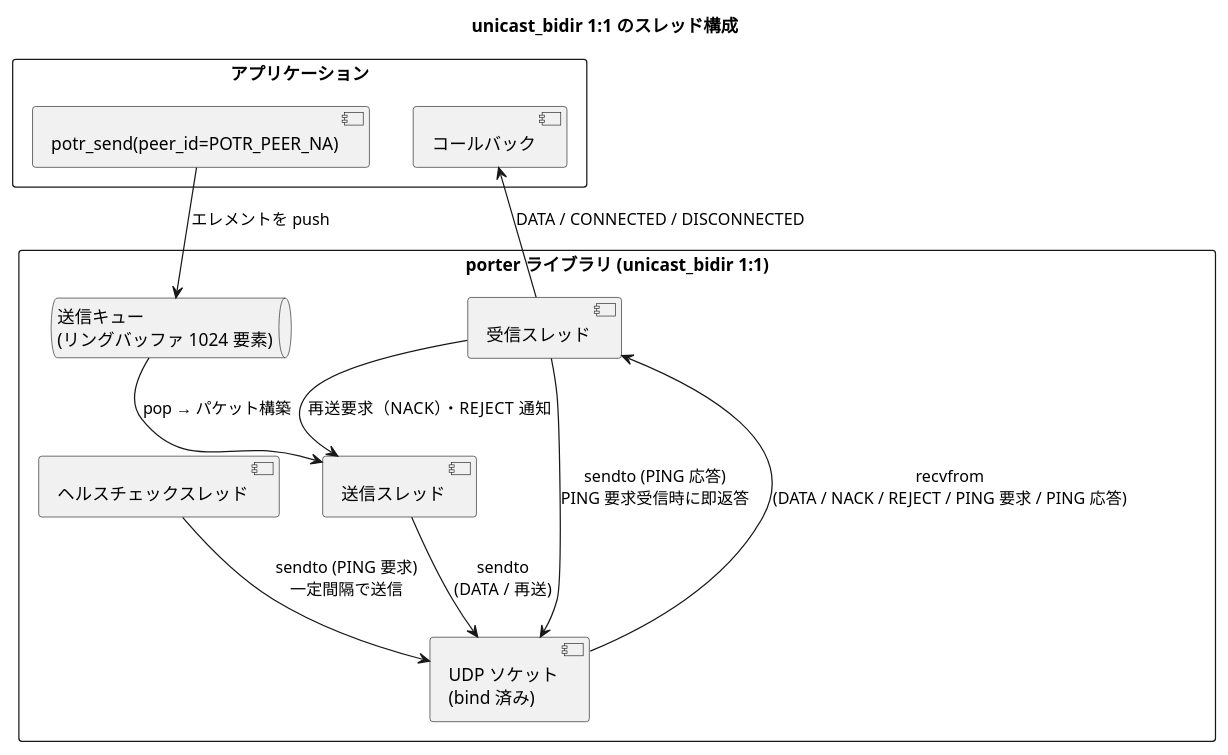
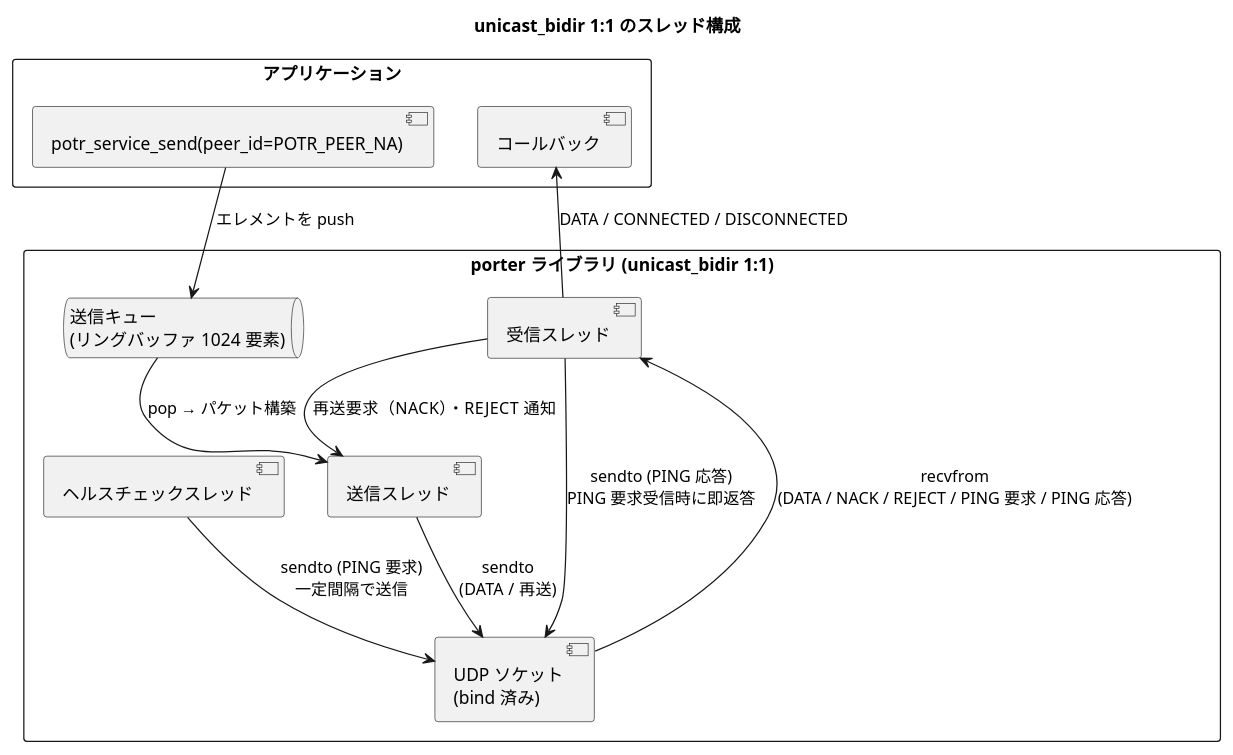
The second of 6 diagrams in docs/architecture.md (Hondarer/app_porter), drawn with PlantUML before and after one commit. The commit also changed other lines of this file and 46 other files, not shown here.

````diff
--- a/docs/architecture.md
+++ b/docs/architecture.md
@@ -108,27 +108,27 @@
 ```plantuml
 @startuml unicast_bidir 1to1 スレッド構成
 title unicast_bidir 1:1 のスレッド構成
 
 rectangle "アプリケーション" {
-  [potr_send(peer_id=POTR_PEER_NA)]
+  [potr_service_send(peer_id=POTR_PEER_NA)]
   [コールバック]
 }
 
 rectangle "porter ライブラリ (unicast_bidir 1:1)" {
   queue "送信キュー\n(リングバッファ 1024 要素)" as Q
   [送信スレッド] as ST
   [受信スレッド] as RT
   [ヘルスチェックスレッド] as HT
   [UDP ソケット\n(bind 済み)] as SOCK
 }
 
-[potr_send(peer_id=POTR_PEER_NA)] --> Q : エレメントを push
+[potr_service_send(peer_id=POTR_PEER_NA)] --> Q : エレメントを push
 Q --> ST : pop → パケット構築
 ST --> SOCK : sendto\n(DATA / 再送)
 HT --> SOCK : sendto (PING 要求)\n一定間隔で送信
 RT <-- SOCK : recvfrom\n(DATA / NACK / REJECT / PING 要求 / PING 応答)
 RT --> ST : 再送要求（NACK）・REJECT 通知
 RT --> SOCK : sendto (PING 応答)\nPING 要求受信時に即返答
 RT --> [コールバック] : DATA / CONNECTED / DISCONNECTED
 @enduml
 ```
````
